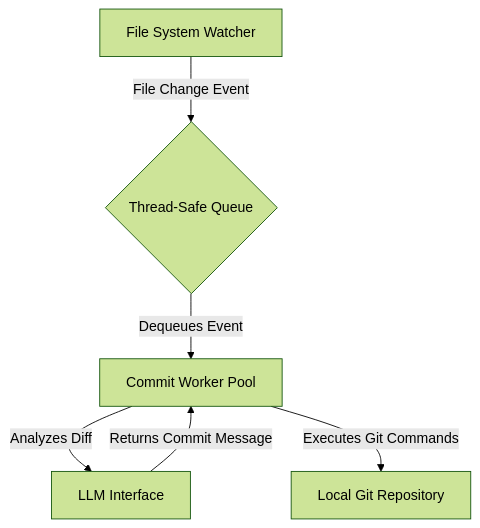
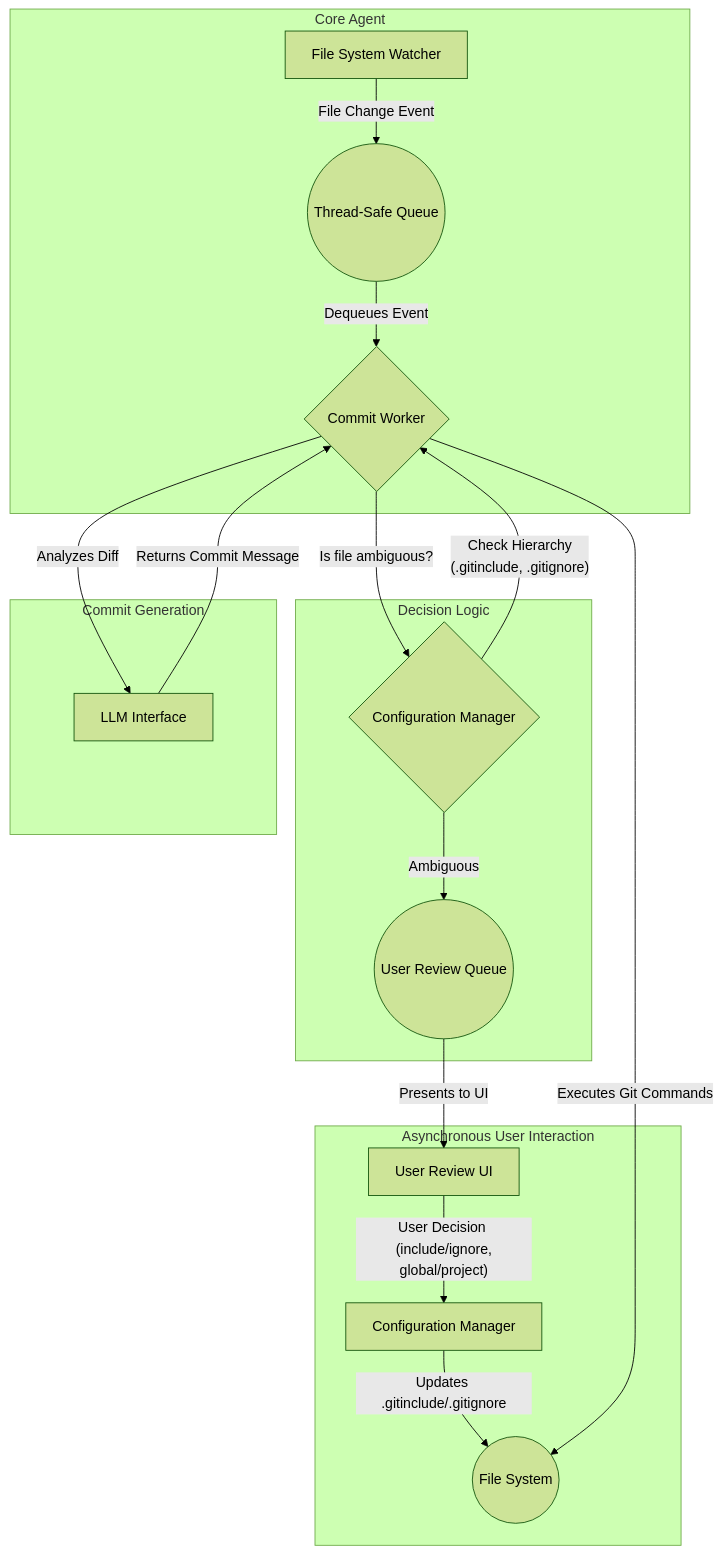
One commit to Jake-Brewer/auto-commit changed the diagram in DESIGN.md. Above: the diagram before and after it, drawn with Mermaid (forest theme). The commit also changed other lines of this file and 1 other file, not shown here.

First line of the commit message:
docs: define include/exclude logic and user review workflow

````diff
--- a/DESIGN.md
+++ b/DESIGN.md
@@ -11,8 +11,25 @@
 ```mermaid
 graph TD;
-    A[File System Watcher] --"File Change Event"--> B{Thread-Safe Queue};
-    B --"Dequeues Event"--> C[Commit Worker Pool];
-    C --"Analyzes Diff"--> D[LLM Interface];
-    D --"Returns Commit Message"--> C;
-    C --"Executes Git Commands"--> E[Local Git Repository];
+    subgraph "Core Agent"
+        A[File System Watcher] -- "File Change Event" --> B((Thread-Safe Queue));
+        B -- "Dequeues Event" --> C{Commit Worker};
+    end
+
+    subgraph "Decision Logic"
+        C -- "Is file ambiguous?" --> D{Configuration Manager};
+        D -- "Check Hierarchy <br/> (.gitinclude, .gitignore)" --> C;
+        D -- "Ambiguous" --> E((User Review Queue));
+    end
+
+    subgraph "Asynchronous User Interaction"
+        E -- "Presents to UI" --> F[User Review UI];
+        F -- "User Decision <br/> (include/ignore, global/project)" --> G[Configuration Manager];
+        G -- "Updates .gitinclude/.gitignore" --> H((File System));
+    end
+
+    subgraph "Commit Generation"
+        C -- "Analyzes Diff" --> I[LLM Interface];
+        I -- "Returns Commit Message" --> C;
+        C -- "Executes Git Commands" --> H;
+    end
 ```
````
